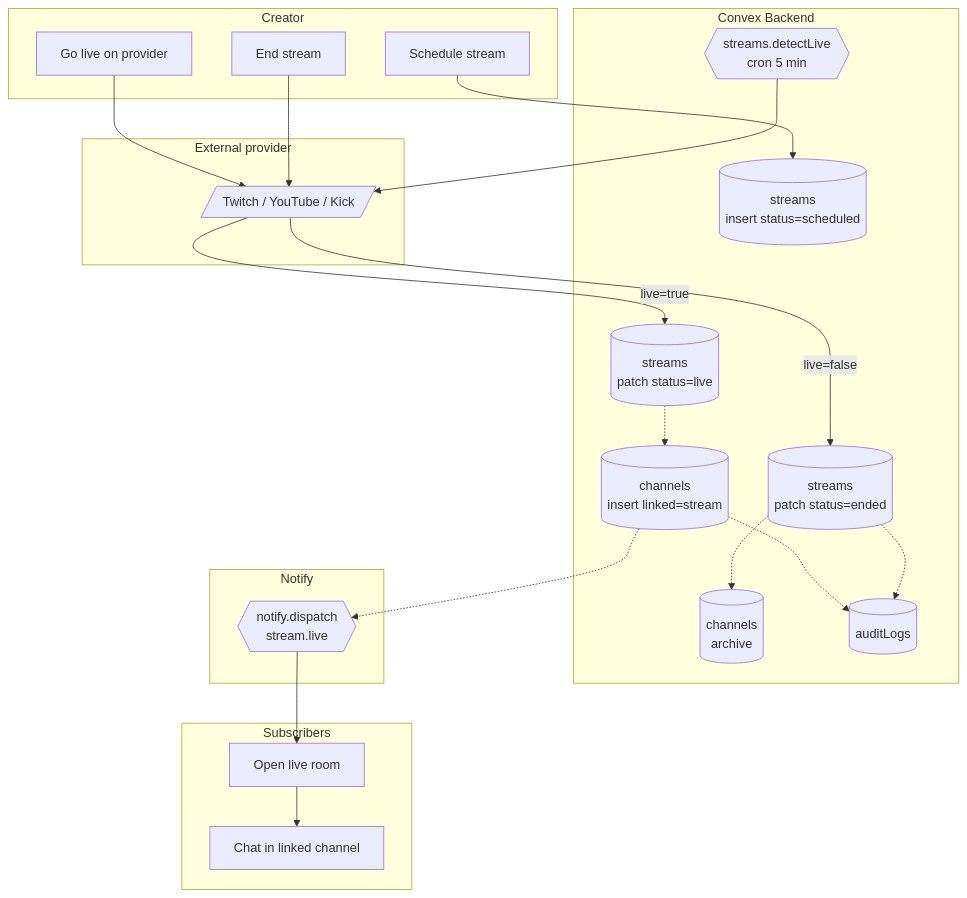
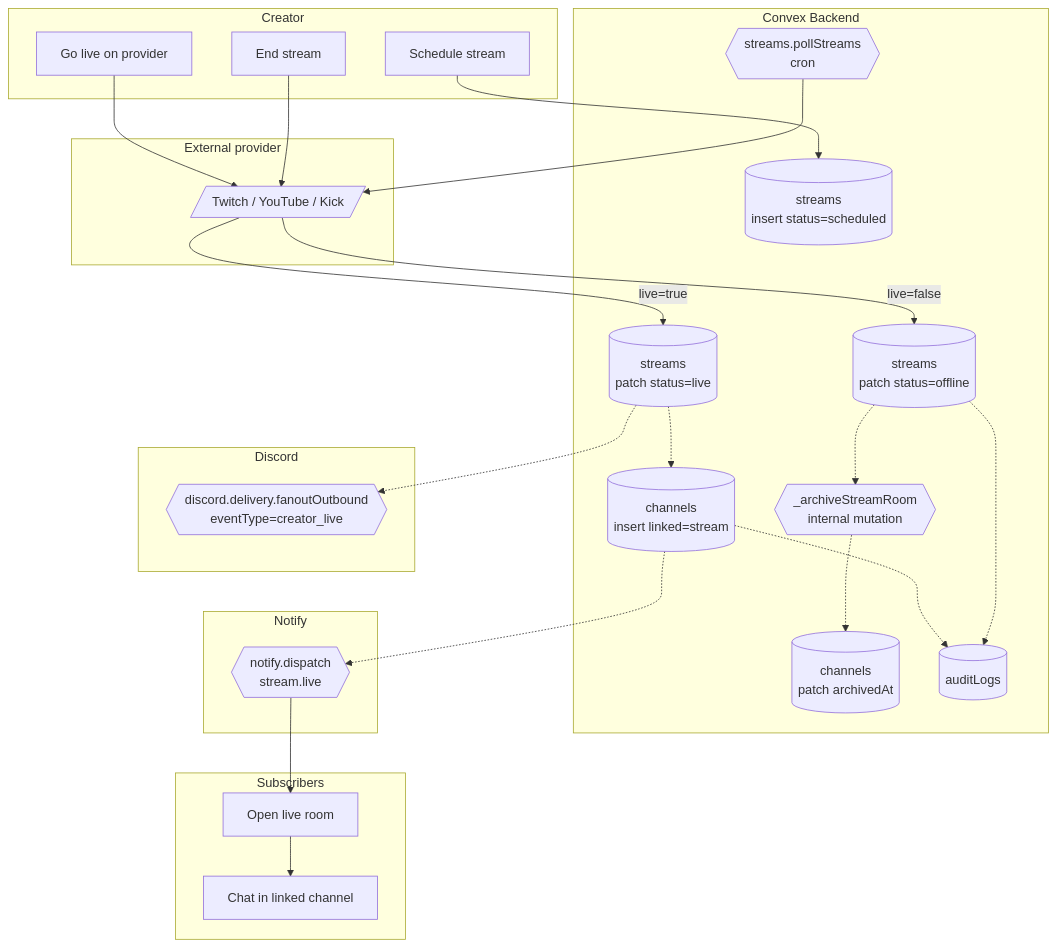
The diagram in docs/bpmn/BPMN-008-livestream.md (xalatechnologies/DigiPicks-v2), drawn with Mermaid before and after one commit. The commit also changed other lines of this file and 33 other files, not shown here.

````diff
--- a/docs/bpmn/BPMN-008-livestream.md
+++ b/docs/bpmn/BPMN-008-livestream.md
@@ -31,37 +36,42 @@
 ```mermaid
 flowchart TD
   subgraph CR[Creator]
     cr1[Schedule stream]
     cr2[Go live on provider]
     cr3[End stream]
   end
   subgraph K[Convex Backend]
     k1[(streams<br/>insert status=scheduled)]
-    k2{{streams.detectLive<br/>cron 5 min}}
+    k2{{streams.pollStreams<br/>cron}}
     k3[(streams<br/>patch status=live)]
     k4[(channels<br/>insert linked=stream)]
-    k5[(streams<br/>patch status=ended)]
-    k6[(channels<br/>archive)]
+    k5[(streams<br/>patch status=offline)]
+    k6{{_archiveStreamRoom<br/>internal mutation}}
+    k6a[(channels<br/>patch archivedAt)]
     k7[(auditLogs)]
   end
   subgraph P[External provider]
     p1[/Twitch / YouTube / Kick/]
   end
   subgraph N[Notify]
     n1{{notify.dispatch<br/>stream.live}}
+  end
+  subgraph D[Discord]
+    d1{{discord.delivery.fanoutOutbound<br/>eventType=creator_live}}
   end
   subgraph S[Subscribers]
     s1[Open live room]
     s2[Chat in linked channel]
   end
 
   cr1 --> k1
   cr2 --> p1
   k2 --> p1
   p1 -->|live=true| k3 -.-> k4
   k4 -.-> n1 --> s1 --> s2
+  k3 -.-> d1
   k4 -.-> k7
   cr3 --> p1
-  p1 -->|live=false| k5 -.-> k6
+  p1 -->|live=false| k5 -.-> k6 -.-> k6a
   k5 -.-> k7
 ```
````
